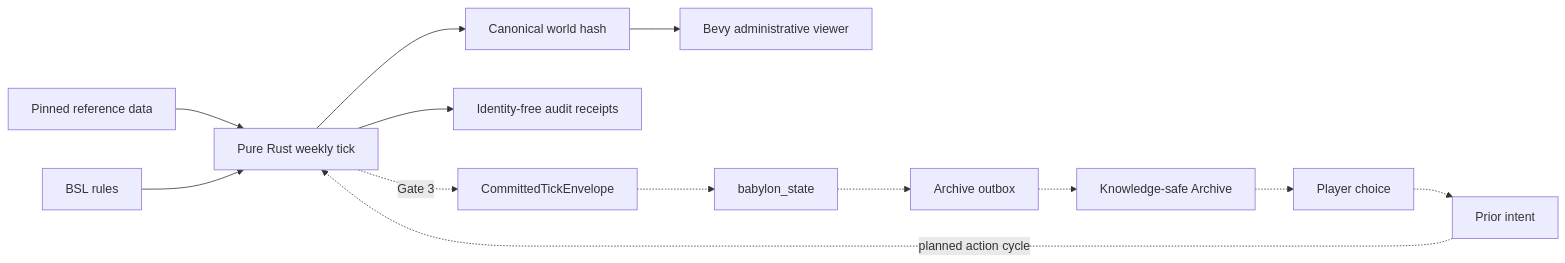
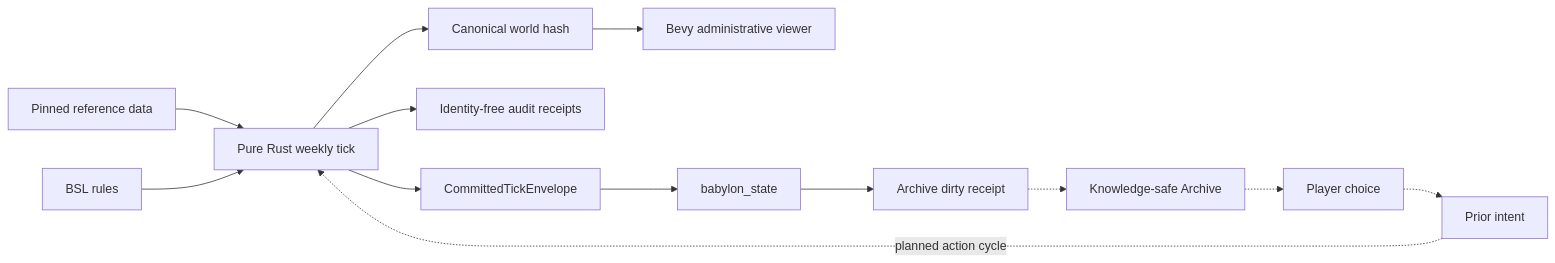
Before and after one commit to percy-raskova/babylon: the diagram in NORTH_STAR.md, drawn with Mermaid. The commit also changed other lines of this file and 138 other files, not shown here.

````diff
--- a/NORTH_STAR.md
+++ b/NORTH_STAR.md
@@ -77,15 +77,15 @@
 ```mermaid
 flowchart LR
     REF["Pinned reference data"] --> TICK["Pure Rust weekly tick"]
     BSL["BSL rules"] --> TICK
     INTENT["Prior intent"] -. "planned action cycle" .-> TICK
     TICK --> HASH["Canonical world hash"]
     TICK --> AUDIT["Identity-free audit receipts"]
     HASH --> VIEW["Bevy administrative viewer"]
-    TICK -. "Gate 3" .-> ENV["CommittedTickEnvelope"]
-    ENV -.-> STATE["babylon_state"]
-    STATE -.-> OUTBOX["Archive outbox"]
+    TICK --> ENV["CommittedTickEnvelope"]
+    ENV --> STATE["babylon_state"]
+    STATE --> OUTBOX["Archive dirty receipt"]
     OUTBOX -.-> ARCHIVE["Knowledge-safe Archive"]
     ARCHIVE -.-> CHOICE["Player choice"]
     CHOICE -.-> INTENT
 ```
````
